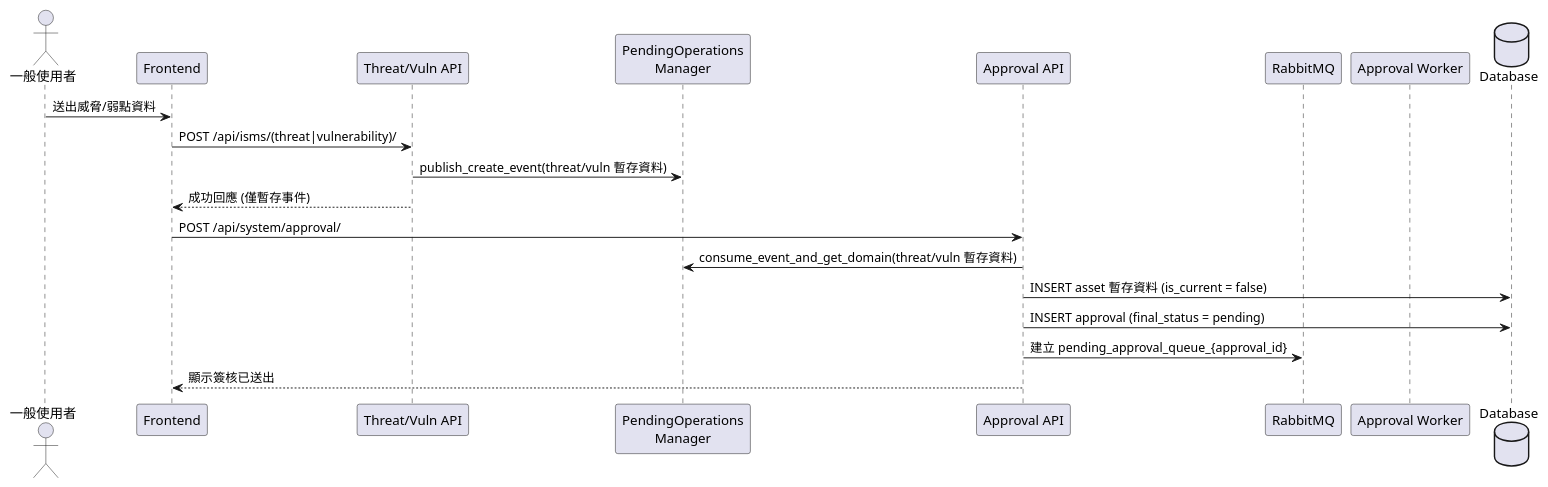
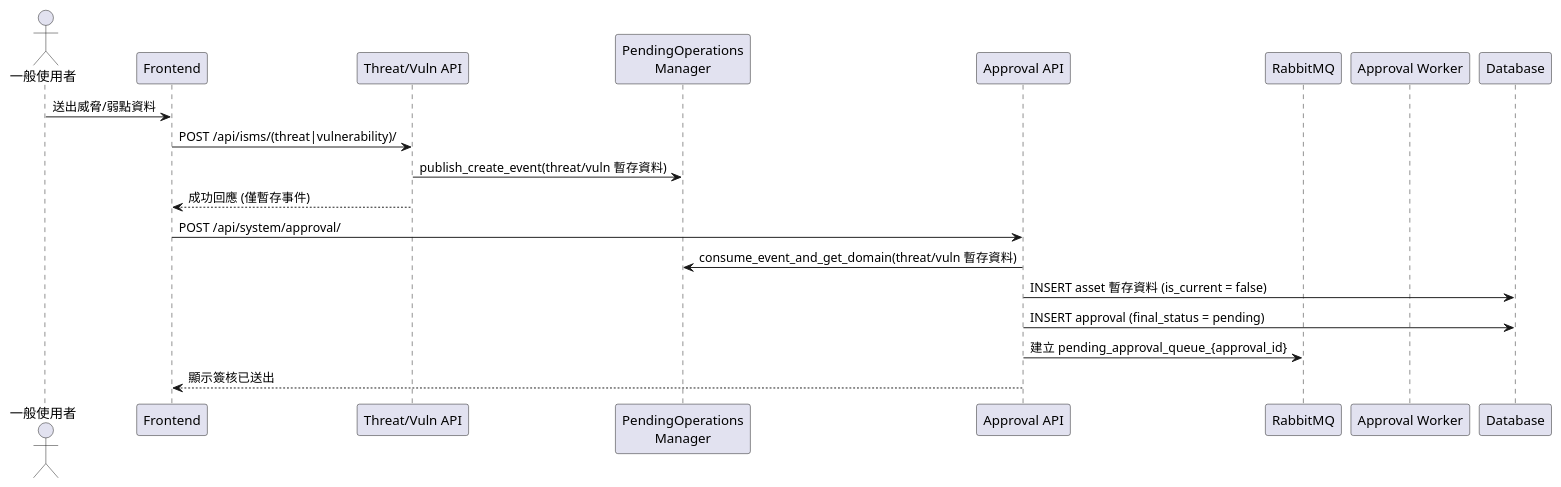
One commit to walle45611/NTUB_SecuManag_Diagram changed the diagram in plantUML/sequence/threat_vuln_create.puml. Above: the diagram before and after it, drawn with PlantUML. The commit also changed 3 other files, not shown here.

Commit message:
feat: 精簡風險追蹤與派工流程圖，調整參與者與流程步驟以增強可讀性

```diff
--- a/plantUML/sequence/threat_vuln_create.puml
+++ b/plantUML/sequence/threat_vuln_create.puml
@@ -1,23 +1,23 @@
 @startuml
 
 actor User as "一般使用者"
 participant Frontend
 participant "Threat/Vuln API" as DomainAPI
 participant "PendingOperations\nManager" as POM
 participant "Approval API" as ApprovalAPI
 participant "RabbitMQ" as MQ
 participant "Approval Worker" as Worker
-database Database
+participant Database
 
 User -> Frontend: 送出威脅/弱點資料
 Frontend -> DomainAPI: POST /api/isms/(threat|vulnerability)/
 DomainAPI -> POM: publish_create_event(threat/vuln 暫存資料)
 DomainAPI --> Frontend: 成功回應 (僅暫存事件)
 Frontend -> ApprovalAPI: POST /api/system/approval/
 ApprovalAPI -> POM: consume_event_and_get_domain(threat/vuln 暫存資料)
 ApprovalAPI -> Database: INSERT asset 暫存資料 (is_current = false)
 ApprovalAPI -> Database: INSERT approval (final_status = pending)
 ApprovalAPI -> MQ: 建立 pending_approval_queue_{approval_id}
 ApprovalAPI --> Frontend: 顯示簽核已送出
 
 @enduml
```
